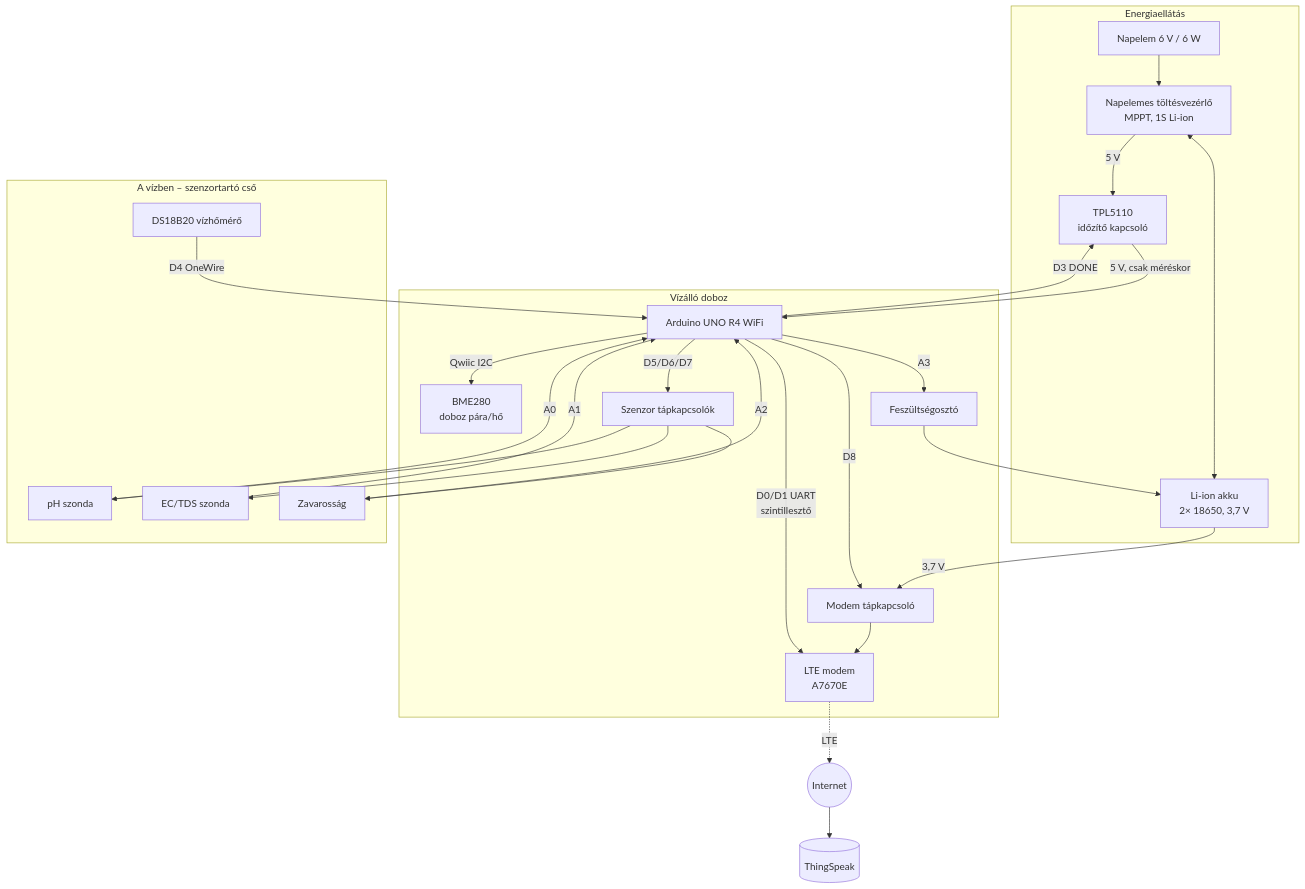
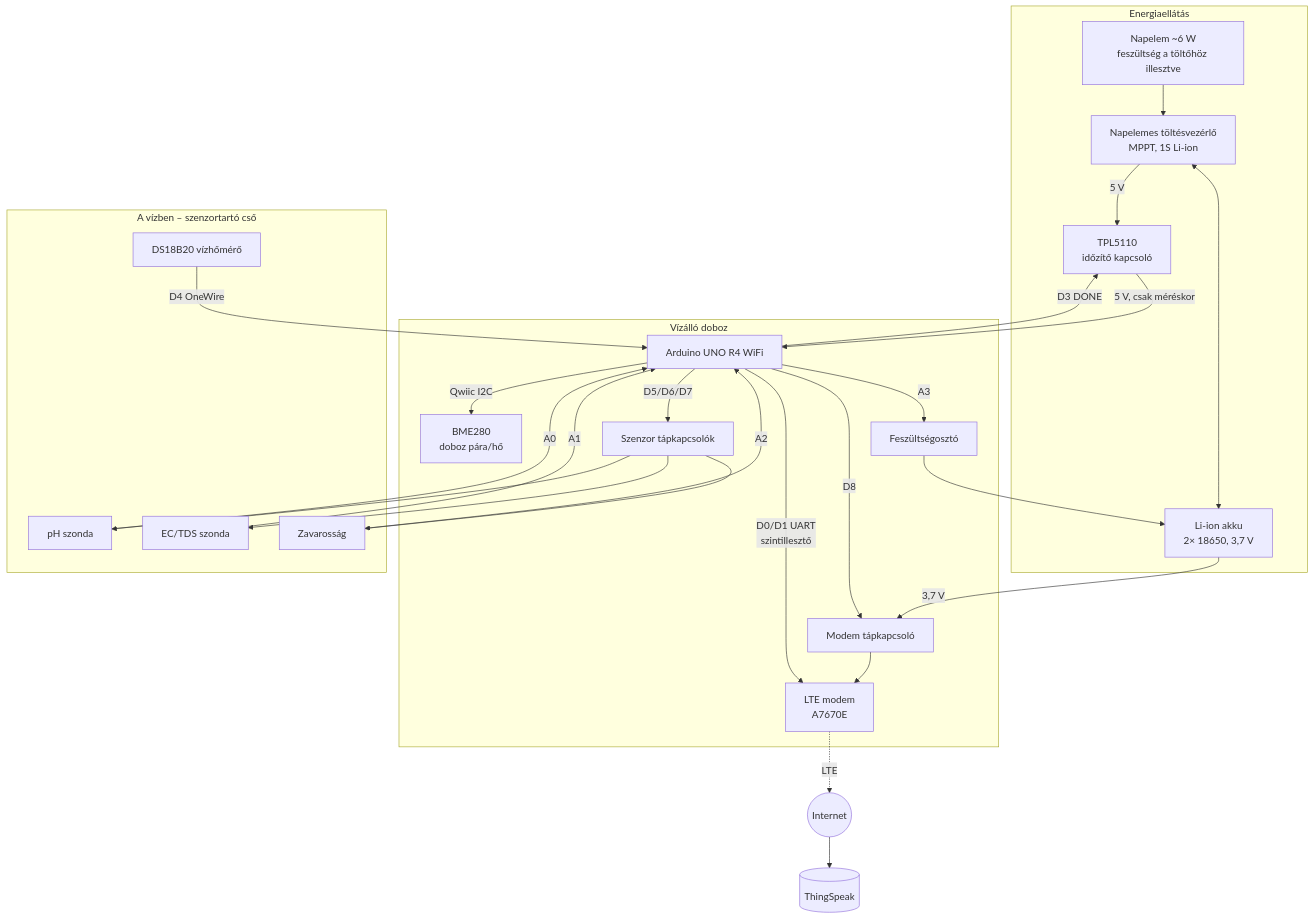
One commit to zui679/vizerzekelo changed the first of 3 diagrams in docs/02_rendszerterv.md. Above: the diagram before and after it, drawn with Mermaid. The commit also changed other lines of this file and 17 other files, not shown here.

````diff
--- a/docs/02_rendszerterv.md
+++ b/docs/02_rendszerterv.md
@@ -5,32 +5,32 @@
 ```mermaid
 flowchart TB
     subgraph TAP[Energiaellátás]
-        PV[Napelem 6 V / 6 W] --> CHG[Napelemes töltésvezérlő<br/>MPPT, 1S Li-ion]
+        PV[Napelem ~6 W<br/>feszültség a töltőhöz illesztve] --> CHG[Napelemes töltésvezérlő<br/>MPPT, 1S Li-ion]
         CHG <--> BAT[Li-ion akku<br/>2× 18650, 3,7 V]
         CHG -->|5 V| TPL[TPL5110<br/>időzítő kapcsoló]
     end
 
     subgraph DOBOZ[Vízálló doboz]
         TPL -->|5 V, csak méréskor| ARD[Arduino UNO R4 WiFi]
         BAT -->|3,7 V| SWM[Modem tápkapcsoló] --> MOD[LTE modem<br/>A7670E]
         ARD -- D8 --> SWM
         ARD -- D0/D1 UART<br/>szintillesztő --> MOD
         ARD -- D3 DONE --> TPL
         ARD -- Qwiic I2C --> BME[BME280<br/>doboz pára/hő]
         ARD -- A3 --> DIV[Feszültségosztó] --> BAT
         ARD -- D5/D6/D7 --> SWS[Szenzor tápkapcsolók]
     end
 
     subgraph VIZ[A vízben – szenzortartó cső]
         SWS --> PH[pH szonda]
         SWS --> EC[EC/TDS szonda]
         SWS --> TU[Zavarosság]
         DS[DS18B20 vízhőmérő]
     end
 
     PH -- A0 --> ARD
     EC -- A1 --> ARD
     TU -- A2 --> ARD
     DS -- D4 OneWire --> ARD
     MOD -. LTE .-> NET((Internet)) --> TS[(ThingSpeak)]
 ```
````
